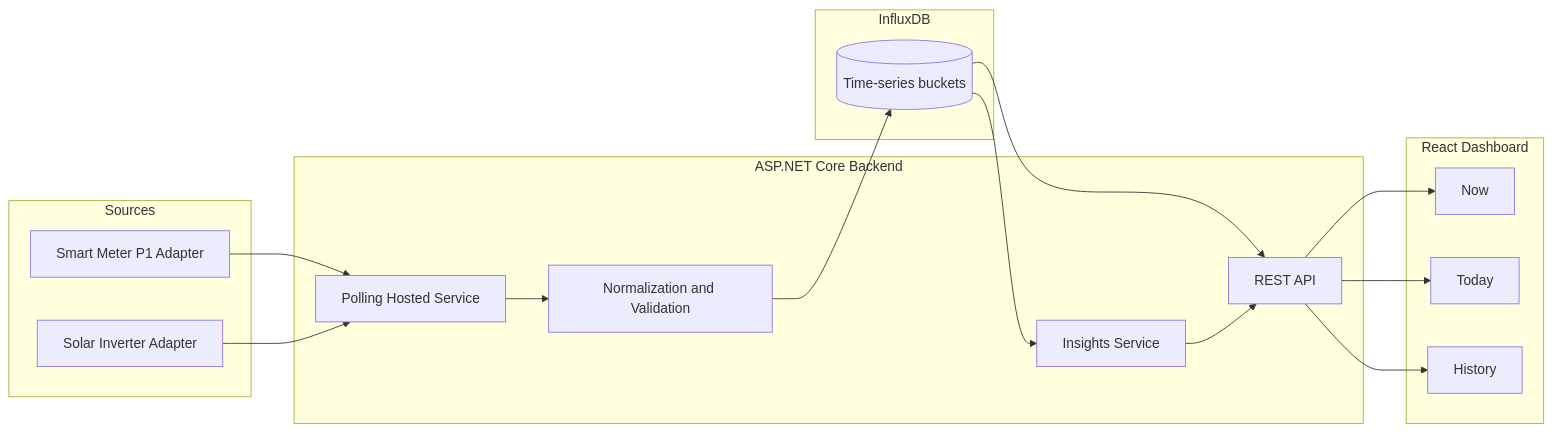
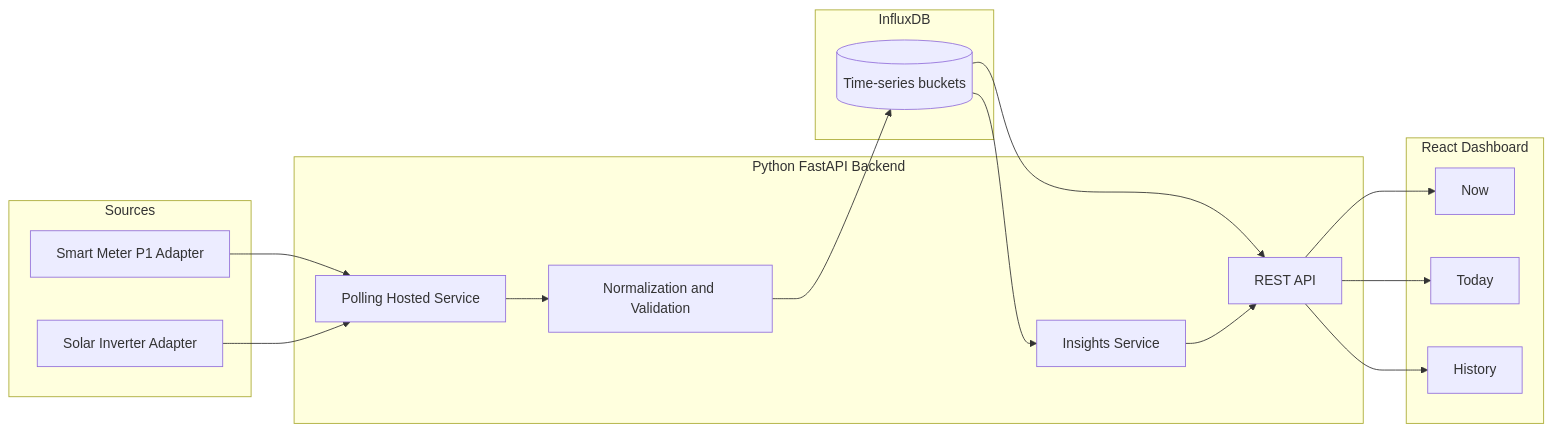
One commit to DanielvG-IT/energy-application changed the diagram in docs/architecture.md. Above: the diagram before and after it, drawn with Mermaid. The commit also changed other lines of this file and 3 other files, not shown here.

````diff
--- a/docs/architecture.md
+++ b/docs/architecture.md
@@ -5,35 +5,35 @@
 ```mermaid
 flowchart LR
     subgraph Sources
       P1[Smart Meter P1 Adapter]
       INV[Solar Inverter Adapter]
     end
 
-    subgraph Backend[ASP.NET Core Backend]
+    subgraph Backend[Python FastAPI Backend]
       POLL[Polling Hosted Service]
       NORM[Normalization and Validation]
       INS[Insights Service]
       API[REST API]
     end
 
     subgraph Store[InfluxDB]
       TS[(Time-series buckets)]
     end
 
     subgraph UI[React Dashboard]
       NOW[Now]
       TODAY[Today]
       HIST[History]
     end
 
     P1 --> POLL
     INV --> POLL
     POLL --> NORM
     NORM --> TS
     TS --> INS
     TS --> API
     INS --> API
     API --> NOW
     API --> TODAY
     API --> HIST
 ```
````
